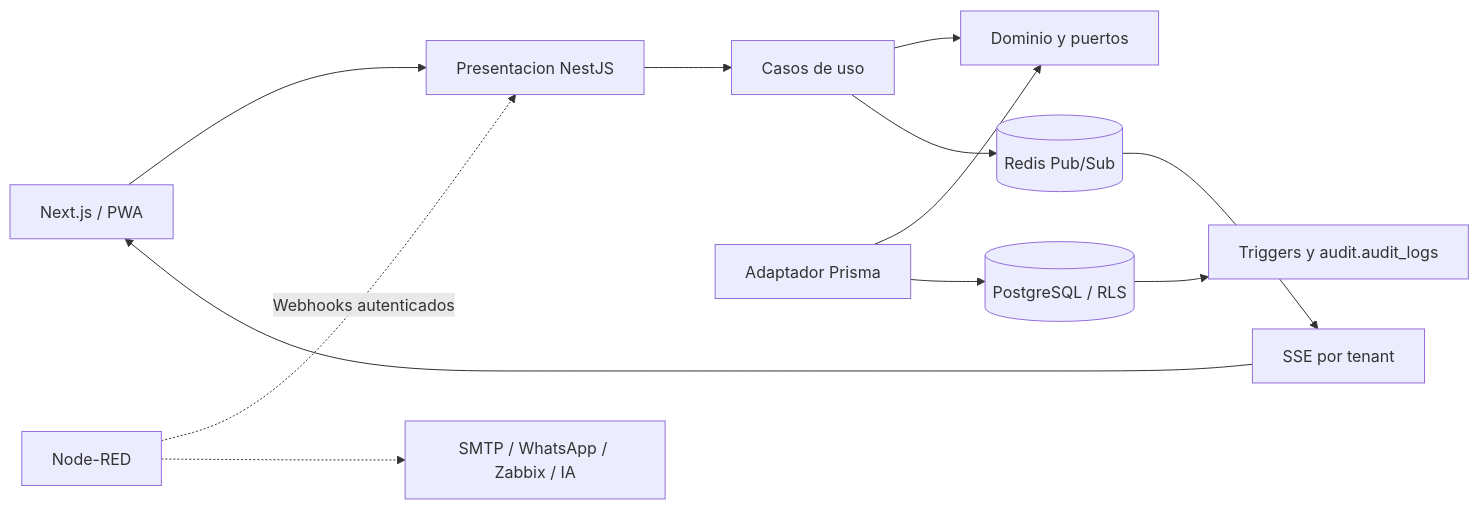
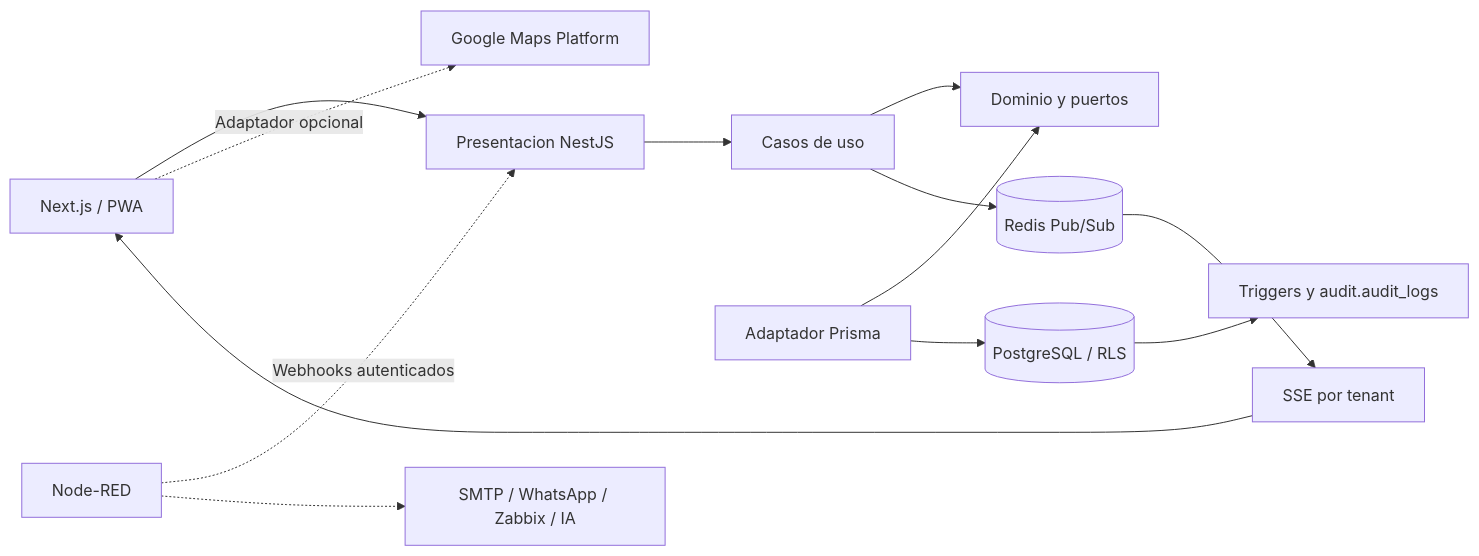
The first of 2 diagrams in README.md (C-David28/essalud-ticket-system), drawn with Mermaid before and after one commit. The commit also changed other lines of this file and 43 other files, not shown here.

````diff
--- a/README.md
+++ b/README.md
@@ -68,14 +70,15 @@
 ```mermaid
 flowchart LR
   WEB[Next.js / PWA] --> API[Presentacion NestJS]
   API --> APP[Casos de uso]
   APP --> DOM[Dominio y puertos]
   PRISMA[Adaptador Prisma] --> DOM
   PRISMA --> PG[(PostgreSQL / RLS)]
   PG --> AUDIT[Triggers y audit.audit_logs]
   APP --> REDIS[(Redis Pub/Sub)]
   REDIS --> SSE[SSE por tenant]
   SSE --> WEB
+  WEB -. Adaptador opcional .-> MAPS[Google Maps Platform]
   NR[Node-RED] -. Webhooks autenticados .-> API
   NR -.-> INT[SMTP / WhatsApp / Zabbix / IA]
 ```
````
